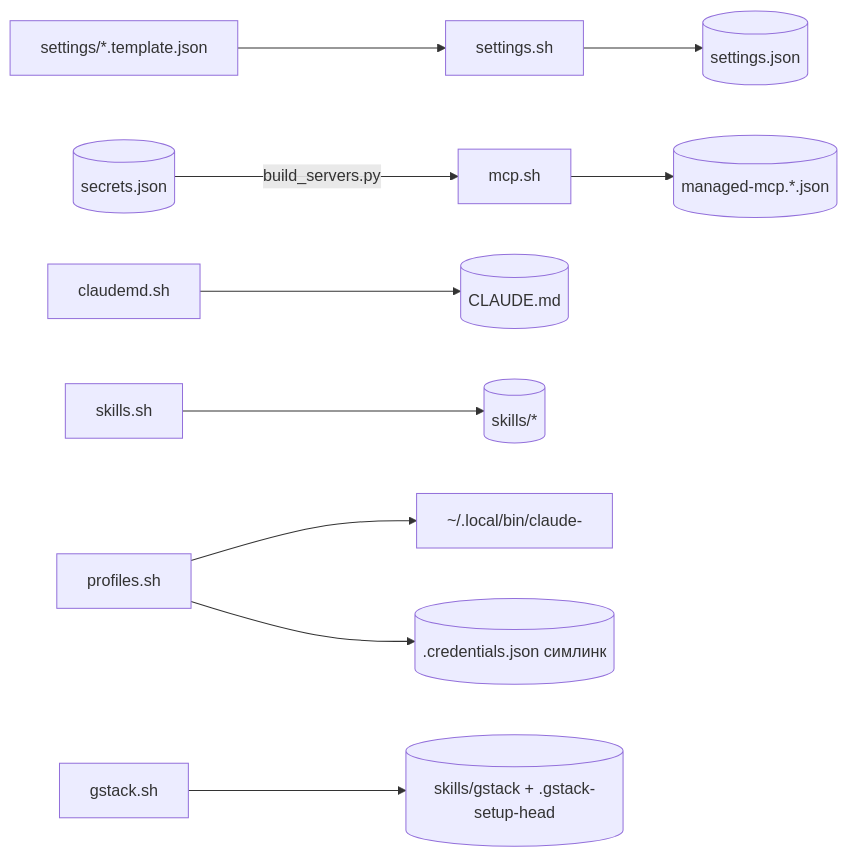
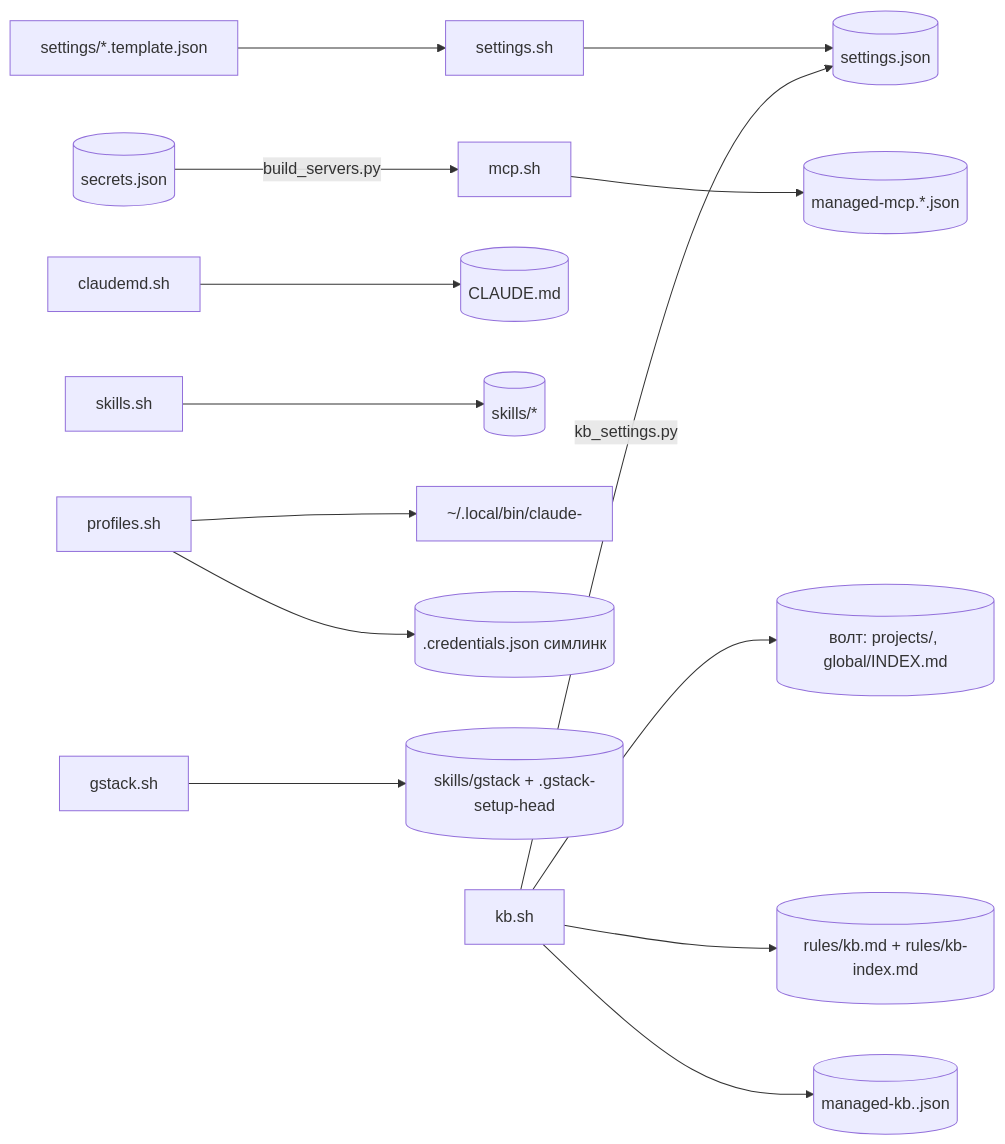
Before and after one commit to stpntkhnv/claudefiles: the second of 4 diagrams in docs/architecture.md, drawn with Mermaid. The commit also changed other lines of this file and 4 other files, not shown here.

First line of the commit message:
docs(kb): база знаний в README, схеме, диаграммах и инвариантах

````diff
--- a/docs/architecture.md
+++ b/docs/architecture.md
@@ -57,10 +60,14 @@
 ```mermaid
 flowchart LR
   tmpl["settings/*.template.json"] --> settings["settings.sh"] --> setjson[("settings.json")]
   secrets[("secrets.json")] -->|build_servers.py| mcp["mcp.sh"] --> mcpman[("managed-mcp.*.json")]
   claudemd["claudemd.sh"] --> cmd[("CLAUDE.md")]
   skills["skills.sh"] --> skdir[("skills/*")]
   prof["profiles.sh"] --> wrap["~/.local/bin/claude-<name>"]
   prof --> creds[(".credentials.json симлинк")]
   gstack["gstack.sh"] --> gclone[("skills/gstack + .gstack-setup-head")]
+  kb["kb.sh"] --> vault[("волт: projects/, global/INDEX.md")]
+  kb --> rules[("rules/kb.md + rules/kb-index.md")]
+  kb -->|kb_settings.py| setjson
+  kb --> kbman[("managed-kb.<profile>.json")]
 ```
````
